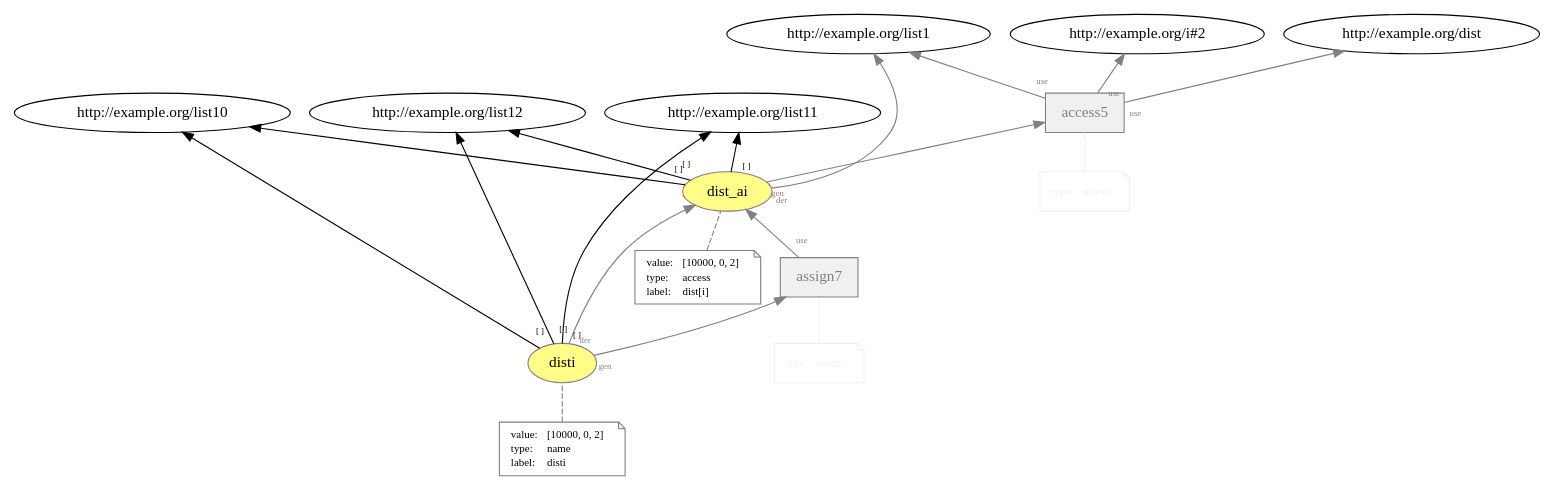
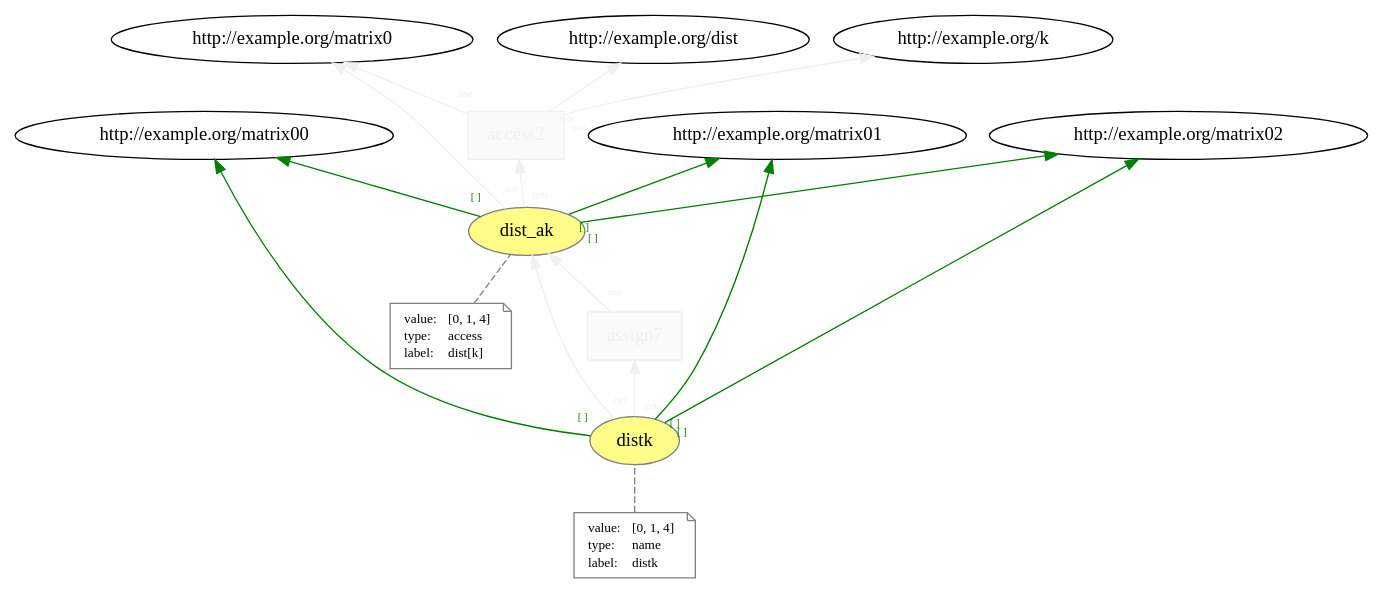
The diagram in images/plain_prov/temp/L13__access__assign.dot (dew-uff/versioned-prov), drawn with Graphviz before and after one commit. The commit also changed 834 other files, not shown here.

```diff
--- a/images/plain_prov/temp/L13__access__assign.dot
+++ b/images/plain_prov/temp/L13__access__assign.dot
@@ -1,64 +1,50 @@
 digraph "PROV" { size="16,12"; rankdir="BT";
-"http://example.org/dist_ai" [fillcolor="#FFFC87",color="#808080",style="filled",label="dist_ai",URL="http://example.org/dist_ai"]
+"http://example.org/dist_ak" [fillcolor="#FFFC87",color="#808080",style="filled",label="dist_ak",URL="http://example.org/dist_ak"]
 "-attrs0" [color="gray",shape="note",fontsize="10",fontcolor="black",label=<<TABLE cellpadding="0" border="0">
 	<TR>
 	    <TD align="left">value:</TD>
-	    <TD align="left">[10000, 0, 2]</TD>
+	    <TD align="left">[0, 1, 4]</TD>
 	</TR>
 	<TR>
 	    <TD align="left">type:</TD>
 	    <TD align="left">access</TD>
 	</TR>
 	<TR>
 	    <TD align="left">label:</TD>
-	    <TD align="left">dist[i]</TD>
+	    <TD align="left">dist[k]</TD>
 	</TR>
 </TABLE>>]
-"-attrs0" -> "http://example.org/dist_ai" [color="gray",style="dashed",arrowhead="none"]
-"http://example.org/dist_ai" -> "http://example.org/list10" [labelfontsize="8",labeldistance="1.5",labelangle="60.0",rotation="20",taillabel="[ ]"]
-"http://example.org/dist_ai" -> "http://example.org/list11" [labelfontsize="8",labeldistance="1.5",labelangle="60.0",rotation="20",taillabel="[ ]"]
-"http://example.org/dist_ai" -> "http://example.org/list12" [labelfontsize="8",labeldistance="1.5",labelangle="60.0",rotation="20",taillabel="[ ]"]
-"http://example.org/access5" [fillcolor="#F0F0F0",color="gray",shape="polygon",sides="4",style="filled",label="access5",URL="http://example.org/access5",fontcolor="gray"]
-"-attrs1" [color="#F0F0F0",shape="note",fontsize="10",fontcolor="black",label=<<TABLE cellpadding="0" border="0">
-	<TR>
-	    <TD align="left"><font color="#F0F0F0">type:</font></TD>
-	    <TD align="left"><font color="#F0F0F0">access</font></TD>
-	</TR>
-</TABLE>>]
-"-attrs1" -> "http://example.org/access5" [color="#F0F0F0",style="dashed",arrowhead="none"]
-"http://example.org/access5" -> "http://example.org/list1" [labelfontsize="8",labeldistance="1.5",labelangle="60.0",rotation="20",taillabel="use",fontcolor="gray",color="gray"]
-"http://example.org/dist_ai" -> "http://example.org/list1" [labelfontsize="8",labeldistance="1.5",labelangle="60.0",rotation="20",taillabel="der",fontcolor="gray",color="gray"]
-"http://example.org/dist_ai" -> "http://example.org/access5" [labelfontsize="8",labeldistance="1.5",labelangle="60.0",rotation="20",taillabel="gen",fontcolor="gray",color="gray"]
-"http://example.org/access5" -> "http://example.org/dist" [labelfontsize="8",labeldistance="1.5",labelangle="60.0",rotation="20",taillabel="use",fontcolor="gray",color="gray"]
-"http://example.org/access5" -> "http://example.org/i#2" [labelfontsize="8",labeldistance="1.5",labelangle="60.0",rotation="20",taillabel="use",fontcolor="gray",color="gray"]
-"http://example.org/disti" [fillcolor="#FFFC87",color="#808080",style="filled",label="disti",URL="http://example.org/disti"]
-"-attrs2" [color="gray",shape="note",fontsize="10",fontcolor="black",label=<<TABLE cellpadding="0" border="0">
+"-attrs0" -> "http://example.org/dist_ak" [color="gray",style="dashed",arrowhead="none"]
+"http://example.org/dist_ak" -> "http://example.org/matrix00" [labelfontsize="8",labeldistance="1.5",labelangle="60.0",rotation="20",taillabel="[ ]",specific="true",fontcolor="green",color="green"]
+"http://example.org/dist_ak" -> "http://example.org/matrix01" [labelfontsize="8",labeldistance="1.5",labelangle="60.0",rotation="20",taillabel="[ ]",specific="true",fontcolor="green",color="green"]
+"http://example.org/dist_ak" -> "http://example.org/matrix02" [labelfontsize="8",labeldistance="1.5",labelangle="60.0",rotation="20",taillabel="[ ]",specific="true",fontcolor="green",color="green"]
+"http://example.org/access2" [fillcolor="#FAFAFA",color="#F0F0F0",shape="polygon",sides="4",style="filled",hide="true",fontcolor="#F0F0F0",label="access2",URL="http://example.org/access2"]
+"http://example.org/access2" -> "http://example.org/matrix0" [labelfontsize="8",labeldistance="1.5",labelangle="60.0",rotation="20",taillabel="use",hide="true",fontcolor="#F0F0F0",color="#F0F0F0"]
+"http://example.org/dist_ak" -> "http://example.org/matrix0" [labelfontsize="8",labeldistance="1.5",labelangle="60.0",rotation="20",taillabel="der",hide="true",fontcolor="#F0F0F0",color="#F0F0F0"]
+"http://example.org/dist_ak" -> "http://example.org/access2" [labelfontsize="8",labeldistance="1.5",labelangle="60.0",rotation="20",taillabel="gen",hide="true",fontcolor="#F0F0F0",color="#F0F0F0"]
+"http://example.org/access2" -> "http://example.org/dist" [labelfontsize="8",labeldistance="1.5",labelangle="60.0",rotation="20",taillabel="use",hide="true",fontcolor="#F0F0F0",color="#F0F0F0"]
+"http://example.org/access2" -> "http://example.org/k" [labelfontsize="8",labeldistance="1.5",labelangle="60.0",rotation="20",taillabel="use",hide="true",fontcolor="#F0F0F0",color="#F0F0F0"]
+"http://example.org/distk" [fillcolor="#FFFC87",color="#808080",style="filled",label="distk",URL="http://example.org/distk"]
+"-attrs1" [color="gray",shape="note",fontsize="10",fontcolor="black",label=<<TABLE cellpadding="0" border="0">
 	<TR>
 	    <TD align="left">value:</TD>
-	    <TD align="left">[10000, 0, 2]</TD>
+	    <TD align="left">[0, 1, 4]</TD>
 	</TR>
 	<TR>
 	    <TD align="left">type:</TD>
 	    <TD align="left">name</TD>
 	</TR>
 	<TR>
 	    <TD align="left">label:</TD>
-	    <TD align="left">disti</TD>
+	    <TD align="left">distk</TD>
 	</TR>
 </TABLE>>]
-"-attrs2" -> "http://example.org/disti" [color="gray",style="dashed",arrowhead="none"]
-"http://example.org/disti" -> "http://example.org/list10" [labelfontsize="8",labeldistance="1.5",labelangle="60.0",rotation="20",taillabel="[ ]"]
-"http://example.org/disti" -> "http://example.org/list11" [labelfontsize="8",labeldistance="1.5",labelangle="60.0",rotation="20",taillabel="[ ]"]
-"http://example.org/disti" -> "http://example.org/list12" [labelfontsize="8",labeldistance="1.5",labelangle="60.0",rotation="20",taillabel="[ ]"]
-"http://example.org/assign7" [fillcolor="#F0F0F0",color="gray",shape="polygon",sides="4",style="filled",label="assign7",URL="http://example.org/assign7",fontcolor="gray"]
-"-attrs3" [color="#F0F0F0",shape="note",fontsize="10",fontcolor="black",label=<<TABLE cellpadding="0" border="0">
-	<TR>
-	    <TD align="left"><font color="#F0F0F0">type:</font></TD>
-	    <TD align="left"><font color="#F0F0F0">assign</font></TD>
-	</TR>
-</TABLE>>]
-"-attrs3" -> "http://example.org/assign7" [color="#F0F0F0",style="dashed",arrowhead="none"]
-"http://example.org/assign7" -> "http://example.org/dist_ai" [labelfontsize="8",labeldistance="1.5",labelangle="60.0",rotation="20",taillabel="use",fontcolor="gray",color="gray"]
-"http://example.org/disti" -> "http://example.org/dist_ai" [labelfontsize="8",labeldistance="1.5",labelangle="60.0",rotation="20",taillabel="der",fontcolor="gray",color="gray"]
-"http://example.org/disti" -> "http://example.org/assign7" [labelfontsize="8",labeldistance="1.5",labelangle="60.0",rotation="20",taillabel="gen",fontcolor="gray",color="gray"]
+"-attrs1" -> "http://example.org/distk" [color="gray",style="dashed",arrowhead="none"]
+"http://example.org/distk" -> "http://example.org/matrix00" [labelfontsize="8",labeldistance="1.5",labelangle="60.0",rotation="20",taillabel="[ ]",specific="true",fontcolor="green",color="green"]
+"http://example.org/distk" -> "http://example.org/matrix01" [labelfontsize="8",labeldistance="1.5",labelangle="60.0",rotation="20",taillabel="[ ]",specific="true",fontcolor="green",color="green"]
+"http://example.org/distk" -> "http://example.org/matrix02" [labelfontsize="8",labeldistance="1.5",labelangle="60.0",rotation="20",taillabel="[ ]",specific="true",fontcolor="green",color="green"]
+"http://example.org/assign7" [fillcolor="#FAFAFA",color="#F0F0F0",shape="polygon",sides="4",style="filled",hide="true",fontcolor="#F0F0F0",label="assign7",URL="http://example.org/assign7"]
+"http://example.org/assign7" -> "http://example.org/dist_ak" [labelfontsize="8",labeldistance="1.5",labelangle="60.0",rotation="20",taillabel="use",hide="true",fontcolor="#F0F0F0",color="#F0F0F0"]
+"http://example.org/distk" -> "http://example.org/dist_ak" [labelfontsize="8",labeldistance="1.5",labelangle="60.0",rotation="20",taillabel="der",hide="true",fontcolor="#F0F0F0",color="#F0F0F0"]
+"http://example.org/distk" -> "http://example.org/assign7" [labelfontsize="8",labeldistance="1.5",labelangle="60.0",rotation="20",taillabel="gen",hide="true",fontcolor="#F0F0F0",color="#F0F0F0"]
 }
```
